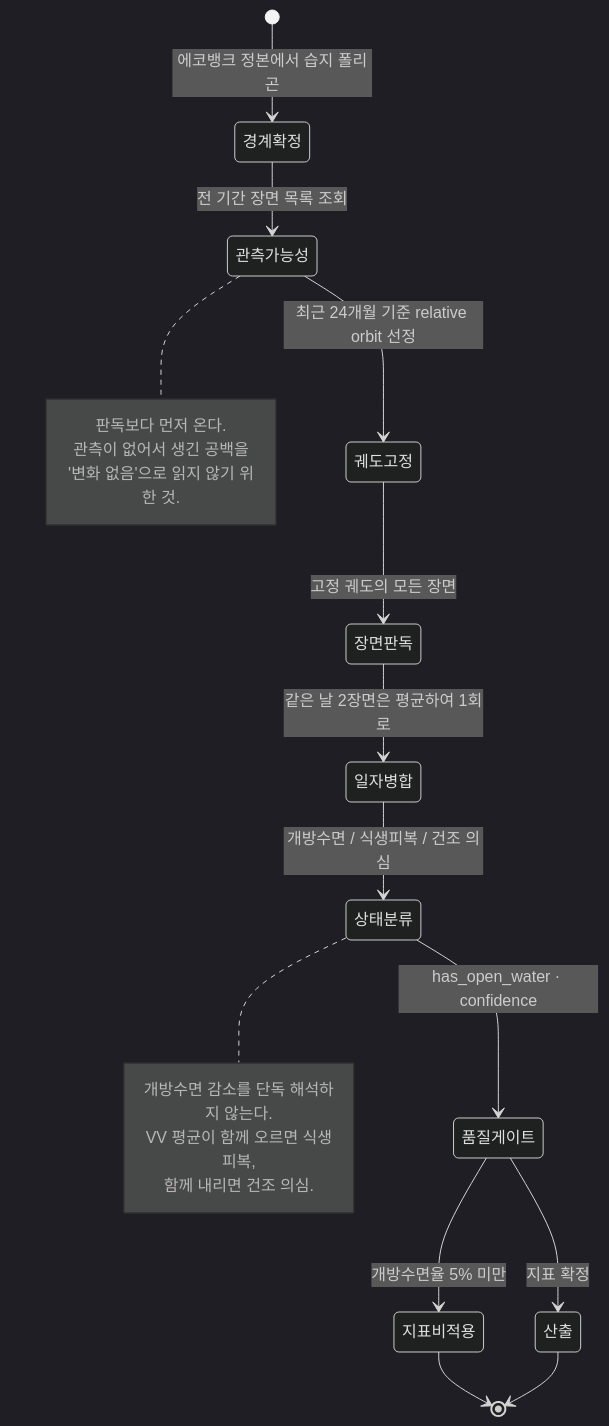
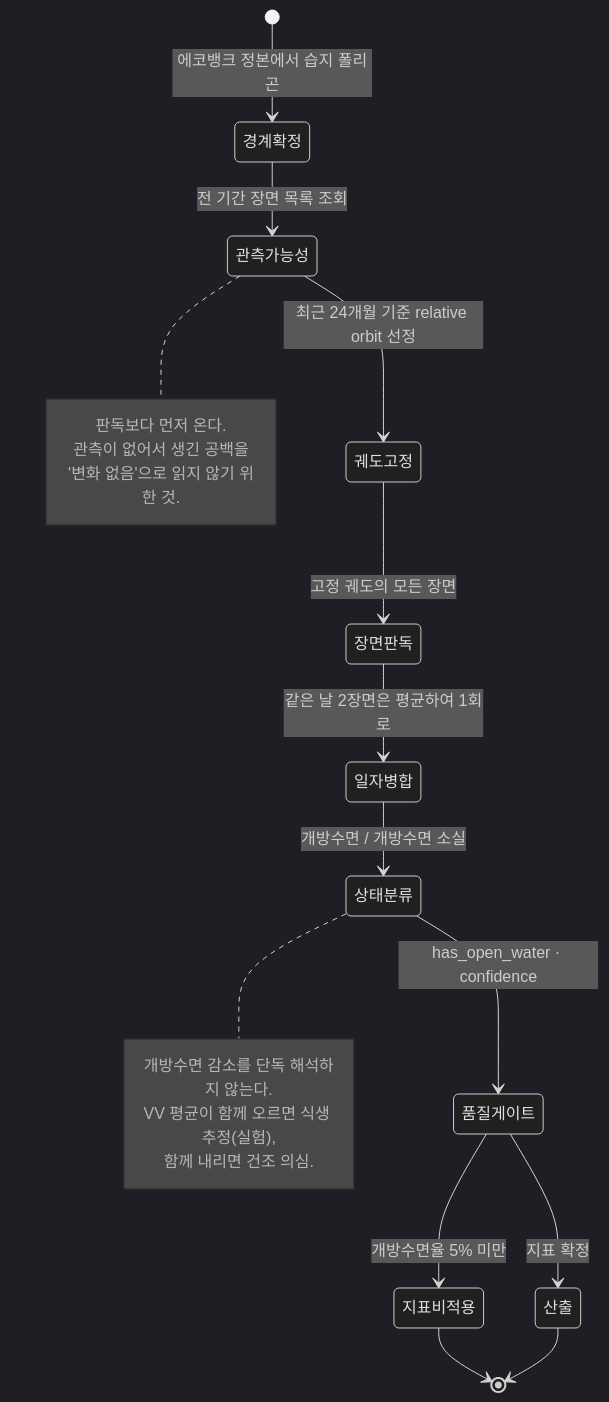
One commit to tradeprogram/ECO_SCOPE changed the second of 2 diagrams in ARCHITECTURE.md. Above: the diagram before and after it, drawn with Mermaid (dark theme). The commit also changed other lines of this file and 17 other files, not shown here.

````diff
--- a/ARCHITECTURE.md
+++ b/ARCHITECTURE.md
@@ -138,25 +138,25 @@
 ```mermaid
 stateDiagram-v2
     [*] --> 경계확정: 에코뱅크 정본에서 습지 폴리곤
     경계확정 --> 관측가능성: 전 기간 장면 목록 조회
     관측가능성 --> 궤도고정: 최근 24개월 기준 relative orbit 선정
     궤도고정 --> 장면판독: 고정 궤도의 모든 장면
     장면판독 --> 일자병합: 같은 날 2장면은 평균하여 1회로
-    일자병합 --> 상태분류: 개방수면 / 식생피복 / 건조 의심
+    일자병합 --> 상태분류: 개방수면 / 개방수면 소실
     상태분류 --> 품질게이트: has_open_water · confidence
     품질게이트 --> 산출: 지표 확정
     품질게이트 --> 지표비적용: 개방수면율 5% 미만
     지표비적용 --> [*]
     산출 --> [*]
 
     note right of 관측가능성
         판독보다 먼저 온다.
         관측이 없어서 생긴 공백을
         '변화 없음'으로 읽지 않기 위한 것.
     end note
     note right of 상태분류
         개방수면 감소를 단독 해석하지 않는다.
-        VV 평균이 함께 오르면 식생피복,
+        VV 평균이 함께 오르면 식생 추정(실험),
         함께 내리면 건조 의심.
     end note
 ```
````
